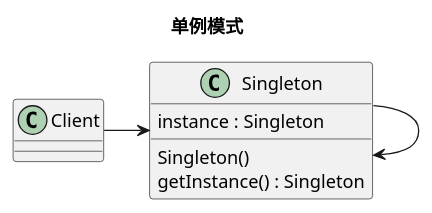
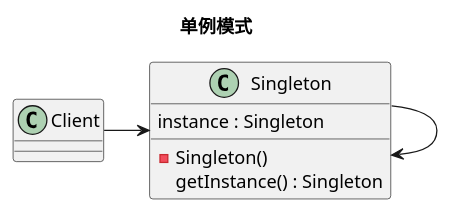
One commit to Castlebin/design-pattern changed the diagram in design-pattern-and-best-practices-in-java/ch02/uml/单例模式.puml. Above: the diagram before and after it, drawn with PlantUML. The commit also changed 5 other files, not shown here.

```diff
--- a/design-pattern-and-best-practices-in-java/ch02/uml/单例模式.puml
+++ b/design-pattern-and-best-practices-in-java/ch02/uml/单例模式.puml
@@ -1,15 +1,15 @@
 @startuml
 
 title 单例模式
 
 Client -> Singleton
 Singleton -> Singleton
 
 Class Singleton {
   instance : Singleton
 
-  Singleton()
+  - Singleton()
   getInstance() : Singleton
 }
 
 @enduml
```
